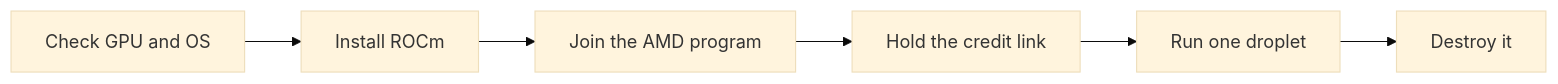
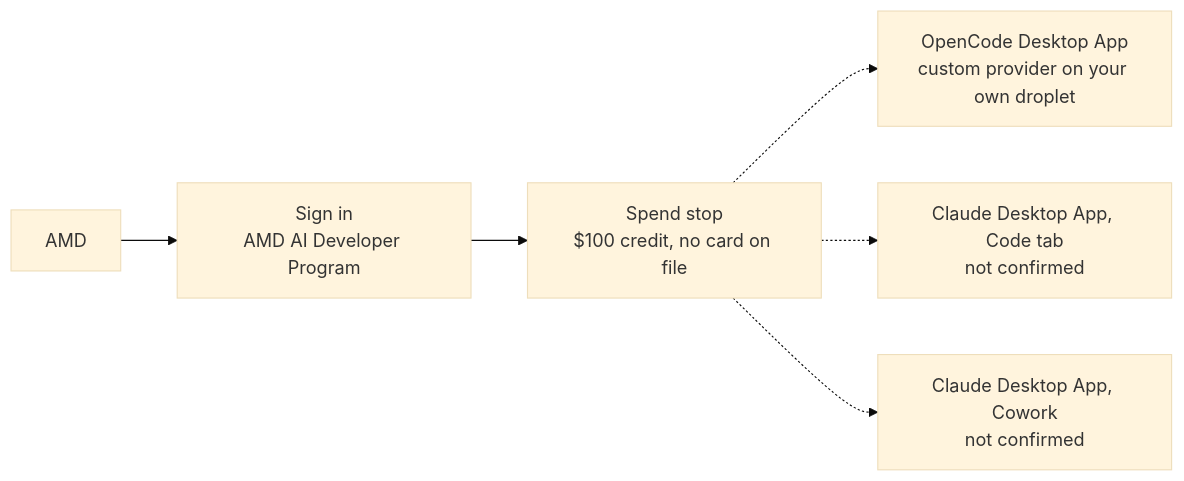
Before and after one commit to SoulCraft-Org/compute-crafter: the diagram in guides/amd.md, drawn with Mermaid (base theme). The commit also changed other lines of this file and 14 other files, not shown here.

First line of the commit message:
🎨 Guides batch 3: visual first, two desktop apps (RunPod, AMD, Google Cloud, ComfyUI, local models) (#199)

````diff
--- a/guides/amd.md
+++ b/guides/amd.md
@@ -9,4 +5,7 @@
 ```mermaid
 flowchart LR
-  A[Check GPU and OS] --> B[Install ROCm] --> C[Join the AMD program] --> D[Hold the credit link] --> E[Run one droplet] --> F[Destroy it]
+  P[AMD] --> S[Sign in<br/>AMD AI Developer Program] --> G[Spend stop<br/>$100 credit, no card on file]
+  G -.-> O[OpenCode Desktop App<br/>custom provider on your own droplet]
+  G -.-> C[Claude Desktop App, Code tab<br/>not confirmed]
+  G -.-> W[Claude Desktop App, Cowork<br/>not confirmed]
 ```
````
